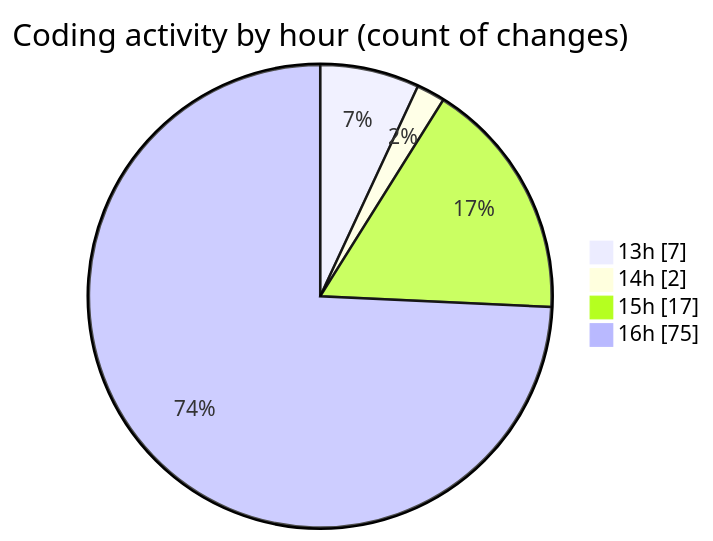
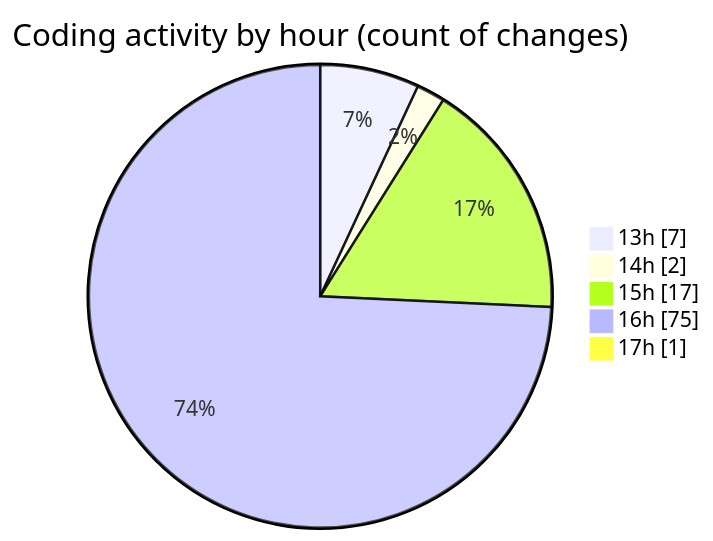
One commit to charlie-sans/code-tracking changed the second of 2 diagrams in 2025-02-24/micros/README.md. Above: the diagram before and after it, drawn with Mermaid. The commit also changed other lines of this file and 1 other file, not shown here.

````diff
--- a/2025-02-24/micros/README.md
+++ b/2025-02-24/micros/README.md
@@ -45,8 +45,9 @@
 ```mermaid
 pie showData
 title Coding activity by hour (count of changes)
 "13h" : 7
 "14h" : 2
 "15h" : 17
 "16h" : 75
+"17h" : 1
 ```
````
